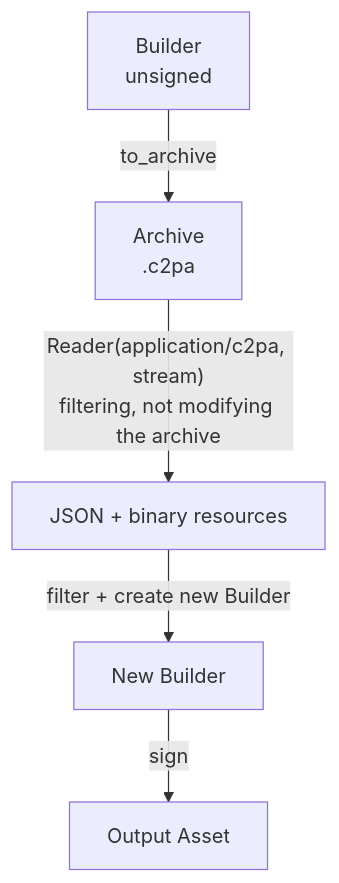
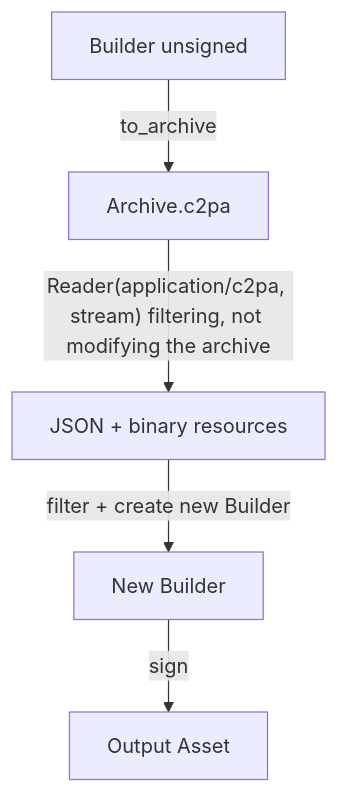
One commit to contentauth/c2pa-c changed the sixth of 11 diagrams in docs/selective-manifests.md. Above: the diagram before and after it, drawn with Mermaid. The commit also changed other lines of this file, not shown here.

````diff
--- a/docs/selective-manifests.md
+++ b/docs/selective-manifests.md
@@ -295,7 +295,7 @@
 ```mermaid
 flowchart TD
-    B1[Builder\nunsigned] -->|to_archive| AR[Archive\n.c2pa]
-    AR -->|"Reader(application/c2pa, stream)\nfiltering, not modifying the archive"| JSON[JSON + binary resources]
+    B1[Builder unsigned] -->|to_archive| AR[Archive.c2pa]
+    AR -->|"Reader(application/c2pa, stream) filtering, not modifying the archive"| JSON[JSON + binary resources]
     JSON -->|"filter + create new Builder"| B2[New Builder]
     B2 -->|sign| OUT[Output Asset]
 ```
````
